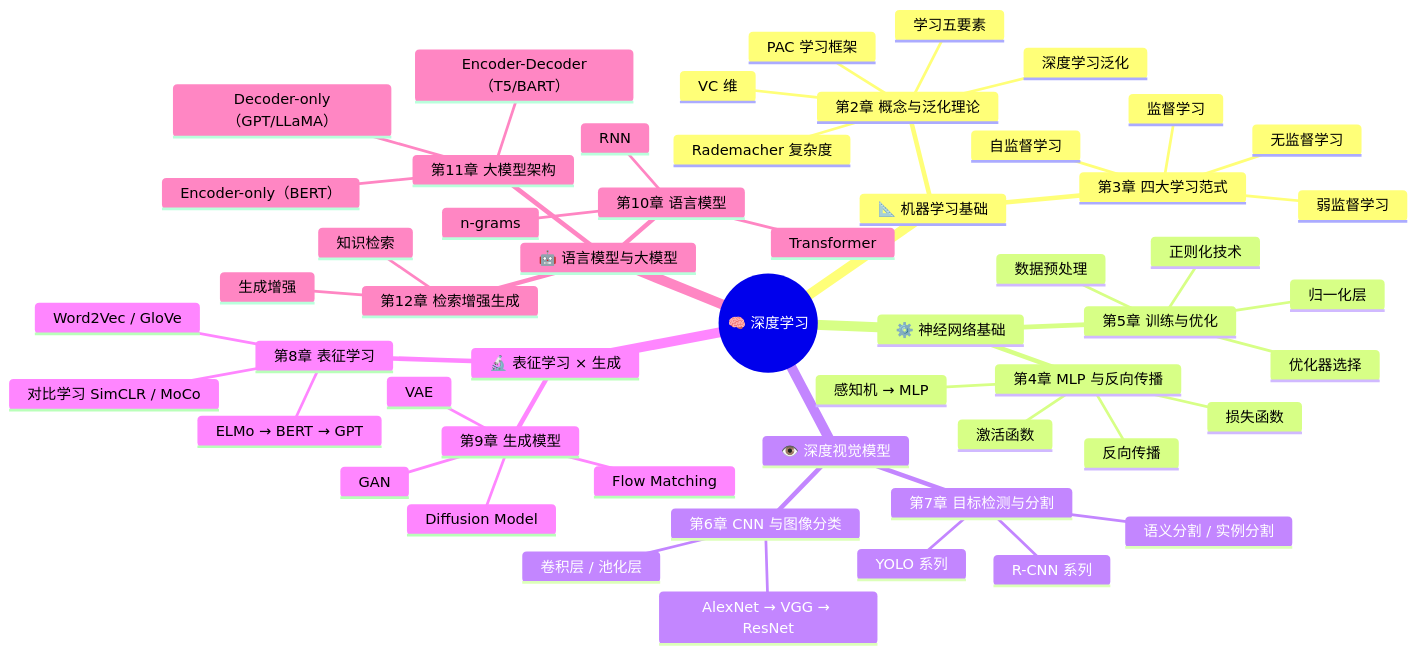
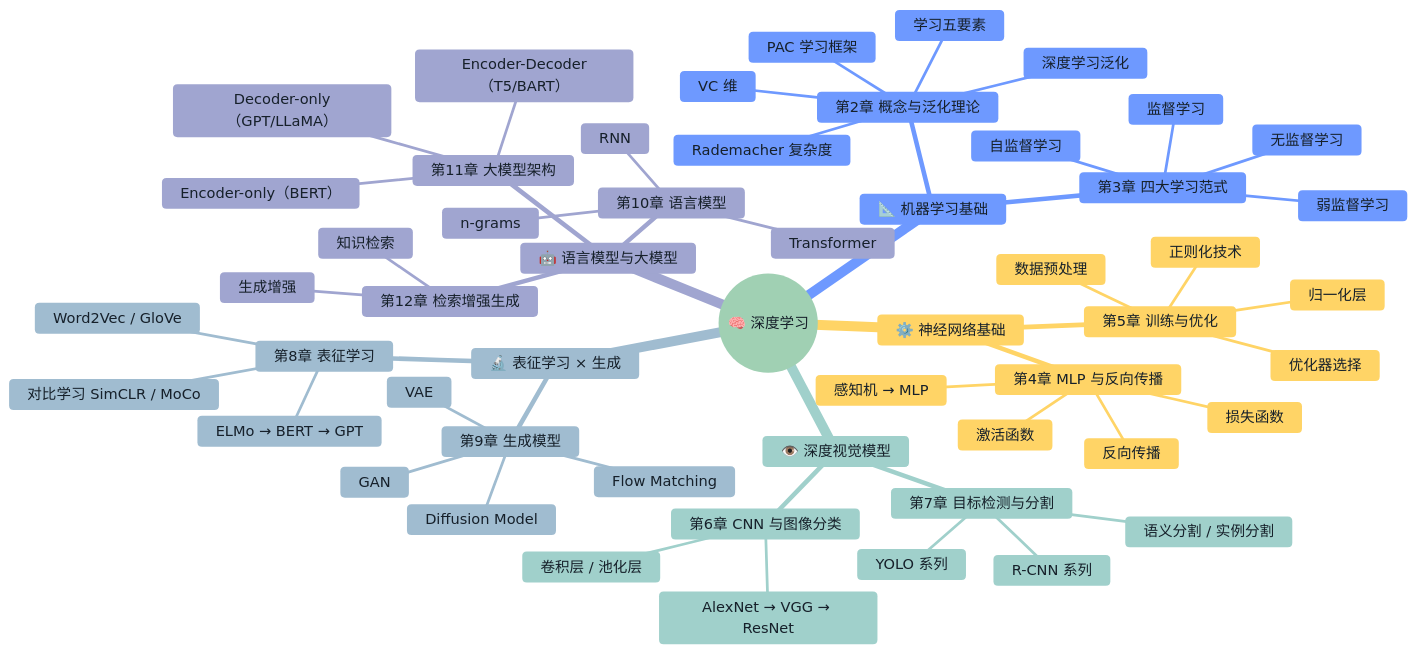
Before and after one commit to Gaiake/gaiake.github.io: the first of 3 diagrams in quartz-dl/content/index.md, drawn with Mermaid. The commit also changed other lines of this file and 6 other files, not shown here.

````diff
--- a/quartz-dl/content/index.md
+++ b/quartz-dl/content/index.md
@@ -17,57 +16,58 @@
 ```mermaid
+%%{init: {"theme": "base", "themeVariables": {"fontFamily": "Noto Sans SC", "primaryColor": "#f5faf7", "primaryTextColor": "#16202a", "primaryBorderColor": "#236b63", "lineColor": "#58756f", "secondaryColor": "#eef3ff", "tertiaryColor": "#fff8e6", "background": "#ffffff", "mainBkg": "#f5faf7", "secondBkg": "#eef3ff", "tertiaryBkg": "#fff8e6"}}}%%
 mindmap
   root((🧠 深度学习))
     📐 机器学习基础
       第2章 概念与泛化理论
         学习五要素
         PAC 学习框架
         VC 维
         Rademacher 复杂度
         深度学习泛化
       第3章 四大学习范式
         监督学习
         无监督学习
         弱监督学习
         自监督学习
     ⚙️ 神经网络基础
       第4章 MLP 与反向传播
         感知机 → MLP
         激活函数
         损失函数
         反向传播
       第5章 训练与优化
         数据预处理
         归一化层
         正则化技术
         优化器选择
     👁️ 深度视觉模型
       第6章 CNN 与图像分类
         卷积层 / 池化层
         AlexNet → VGG → ResNet
       第7章 目标检测与分割
         R-CNN 系列
         YOLO 系列
         语义分割 / 实例分割
     🔬 表征学习 × 生成
       第8章 表征学习
         Word2Vec / GloVe
         ELMo → BERT → GPT
         对比学习 SimCLR / MoCo
       第9章 生成模型
         VAE
         GAN
         Diffusion Model
         Flow Matching
     🤖 语言模型与大模型
       第10章 语言模型
         n-grams
         RNN
         Transformer
       第11章 大模型架构
         Encoder-only（BERT）
         Encoder-Decoder（T5/BART）
         Decoder-only（GPT/LLaMA）
       第12章 检索增强生成
         知识检索
         生成增强
 ```
````
